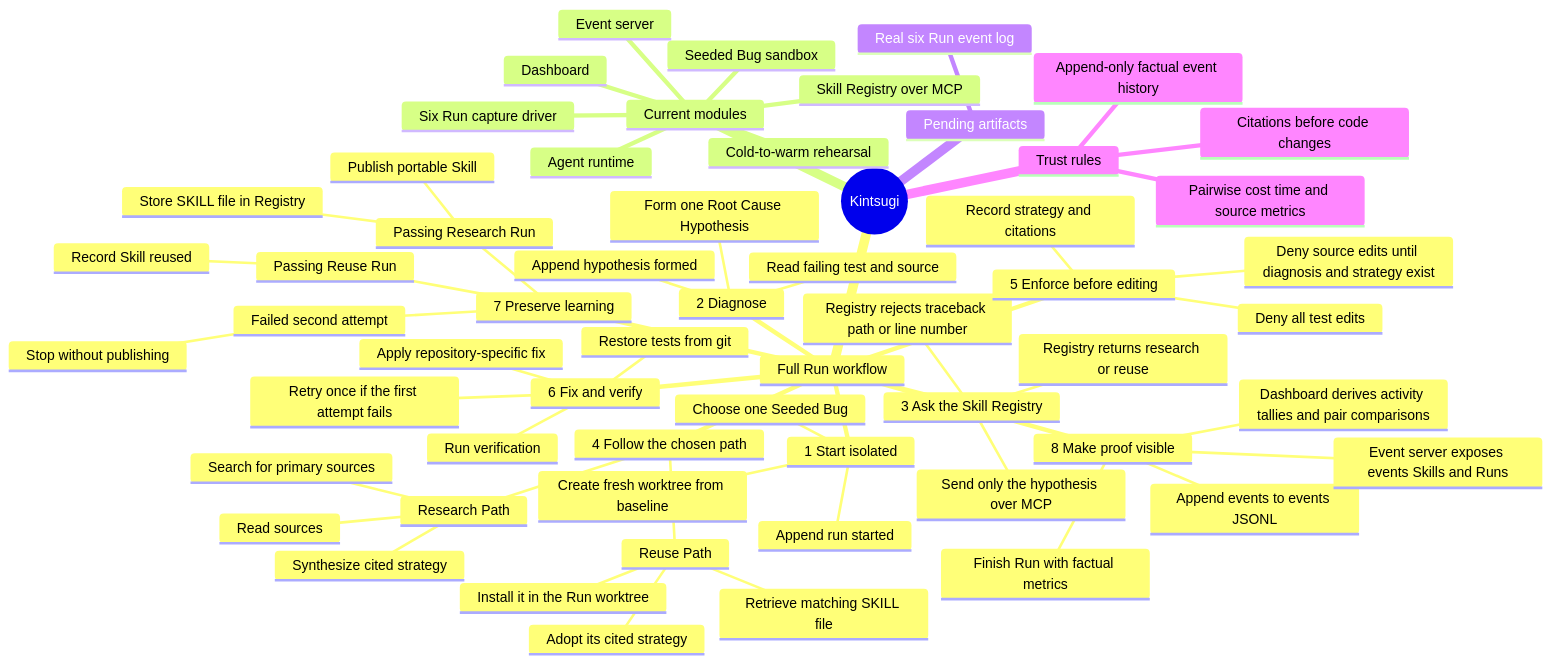
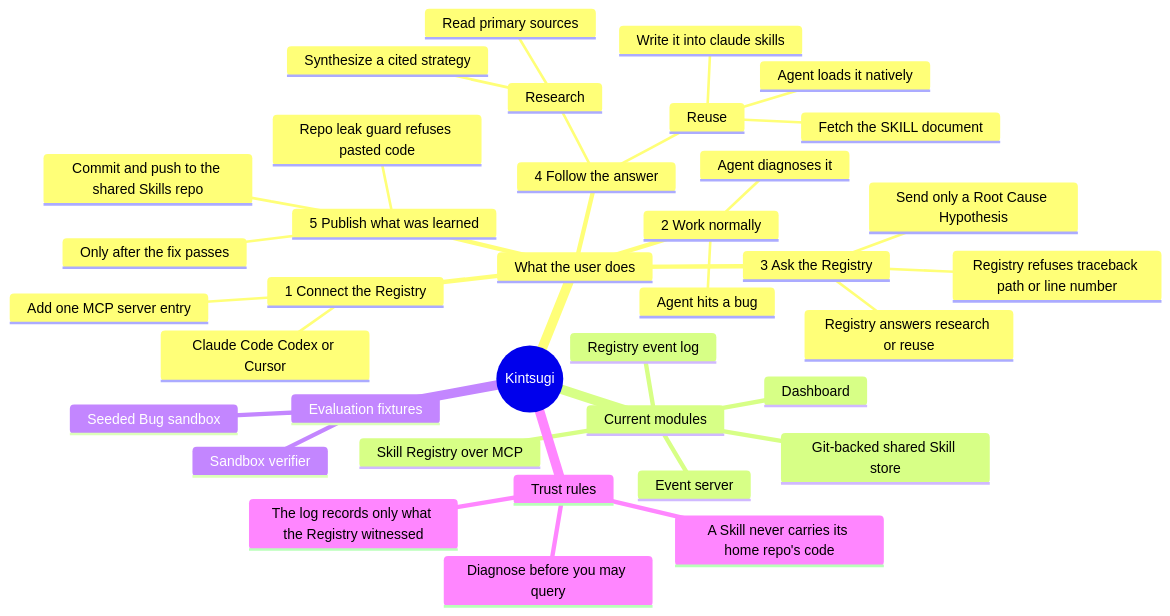
Before and after one commit to arnv15/Kintsugi: the first of 2 diagrams in docs/architecture/README.md, drawn with Mermaid. The commit also changed other lines of this file and 25 other files, not shown here.

Commit message:
- Add a registry-level event log - Mark ADR 0008-0013 superseded and added ADR 0014 - Remove Codex prototype demo

````diff
--- a/docs/architecture/README.md
+++ b/docs/architecture/README.md
@@ -19,62 +25,40 @@
 ```mermaid
 mindmap
   root((Kintsugi))
-    Full Run workflow
-      1 Start isolated
-        Choose one Seeded Bug
-        Create fresh worktree from baseline
-        Append run started
-      2 Diagnose
-        Read failing test and source
-        Form one Root Cause Hypothesis
-        Append hypothesis formed
-      3 Ask the Skill Registry
-        Send only the hypothesis over MCP
-        Registry rejects traceback path or line number
-        Registry returns research or reuse
-      4 Follow the chosen path
-        Research Path
-          Search for primary sources
-          Read sources
-          Synthesize cited strategy
-        Reuse Path
-          Retrieve matching SKILL file
-          Install it in the Run worktree
-          Adopt its cited strategy
-      5 Enforce before editing
-        Record strategy and citations
-        Deny all test edits
-        Deny source edits until diagnosis and strategy exist
-      6 Fix and verify
-        Apply repository-specific fix
-        Restore tests from git
-        Run verification
-        Retry once if the first attempt fails
-      7 Preserve learning
-        Passing Research Run
-          Publish portable Skill
-          Store SKILL file in Registry
-        Passing Reuse Run
-          Record Skill reused
-        Failed second attempt
-          Stop without publishing
-      8 Make proof visible
-        Finish Run with factual metrics
-        Append events to events JSONL
-        Event server exposes events Skills and Runs
-        Dashboard derives activity tallies and pair comparisons
+    What the user does
+      1 Connect the Registry
+        Add one MCP server entry
+        Claude Code Codex or Cursor
+      2 Work normally
+        Agent hits a bug
+        Agent diagnoses it
+      3 Ask the Registry
+        Send only a Root Cause Hypothesis
+        Registry refuses traceback path or line number
+        Registry answers research or reuse
+      4 Follow the answer
+        Reuse
+          Fetch the SKILL document
+          Write it into claude skills
+          Agent loads it natively
+        Research
+          Read primary sources
+          Synthesize a cited strategy
+      5 Publish what was learned
+        Only after the fix passes
+        Repo leak guard refuses pasted code
+        Commit and push to the shared Skills repo
     Current modules
-      Seeded Bug sandbox
+      Skill Registry over MCP
+      Git-backed shared Skill store
+      Registry event log
       Event server
       Dashboard
-      Agent runtime
-      Skill Registry over MCP
-      Six Run capture driver
-      Cold-to-warm rehearsal
-    Pending artifacts
-      Real six Run event log
+    Evaluation fixtures
+      Seeded Bug sandbox
+      Sandbox verifier
     Trust rules
-      Citations before code changes
-      Append-only factual event history
-      Pairwise cost time and source metrics
+      Diagnose before you may query
+      A Skill never carries its home repo's code
+      The log records only what the Registry witnessed
 ```
````
